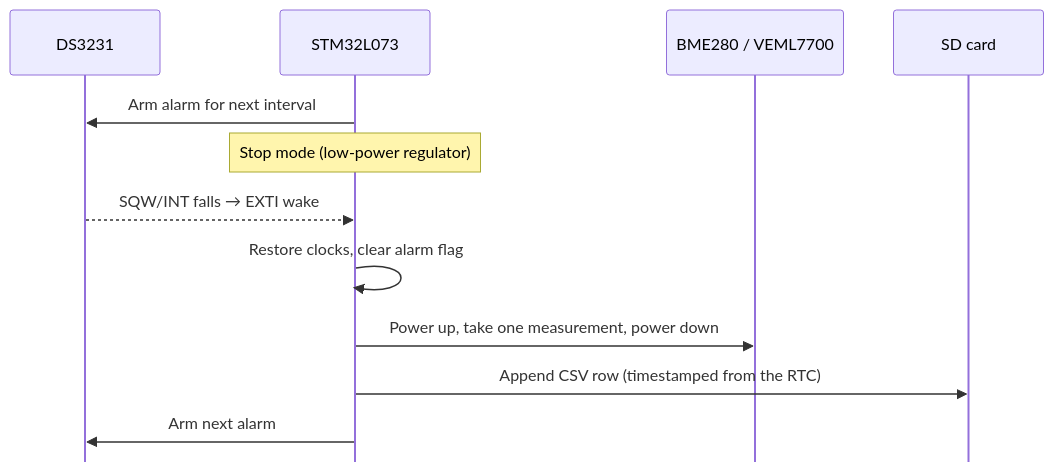
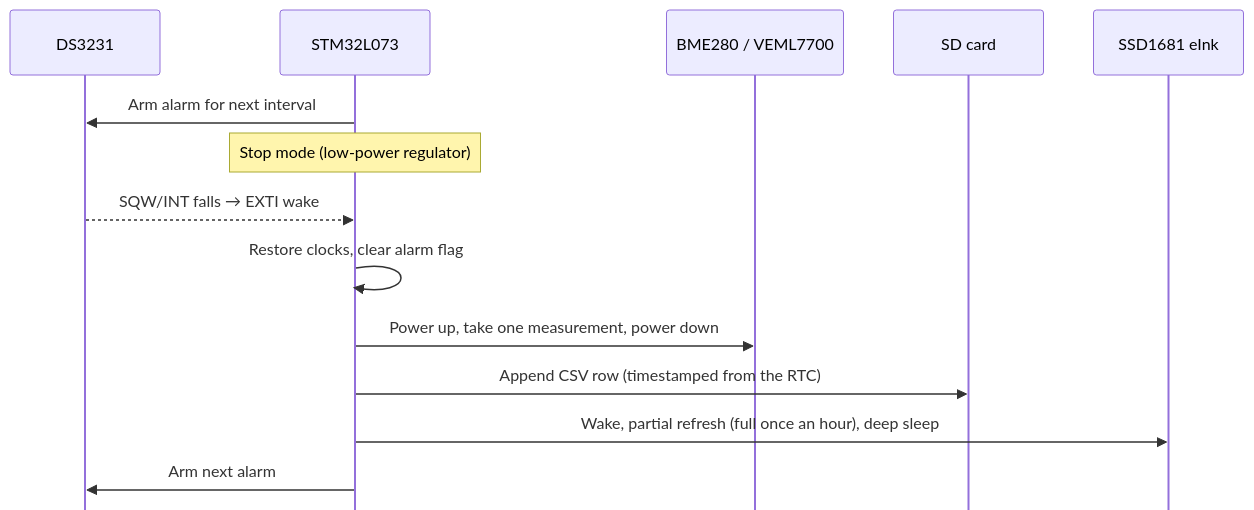
The diagram in README.md (joe-eldridge/stm32_cpp_environment_monitor), drawn with Mermaid before and after one commit. The commit also changed other lines of this file and 2 other files, not shown here.

Commit message:
Show display test screen on each wake

````diff
--- a/README.md
+++ b/README.md
@@ -34,15 +34,17 @@
 ```mermaid
 %%{init: {"sequence": {"mirrorActors": false}}}%%
 sequenceDiagram
     participant RTC as DS3231
     participant MCU as STM32L073
     participant S as BME280 / VEML7700
     participant SD as SD card
+    participant EPD as SSD1681 eInk
     MCU->>RTC: Arm alarm for next interval
     Note over MCU: Stop mode (low-power regulator)
     RTC-->>MCU: SQW/INT falls → EXTI wake
     MCU->>MCU: Restore clocks, clear alarm flag
     MCU->>S: Power up, take one measurement, power down
     MCU->>SD: Append CSV row (timestamped from the RTC)
+    MCU->>EPD: Wake, partial refresh (full once an hour), deep sleep
     MCU->>RTC: Arm next alarm
 ```
````
